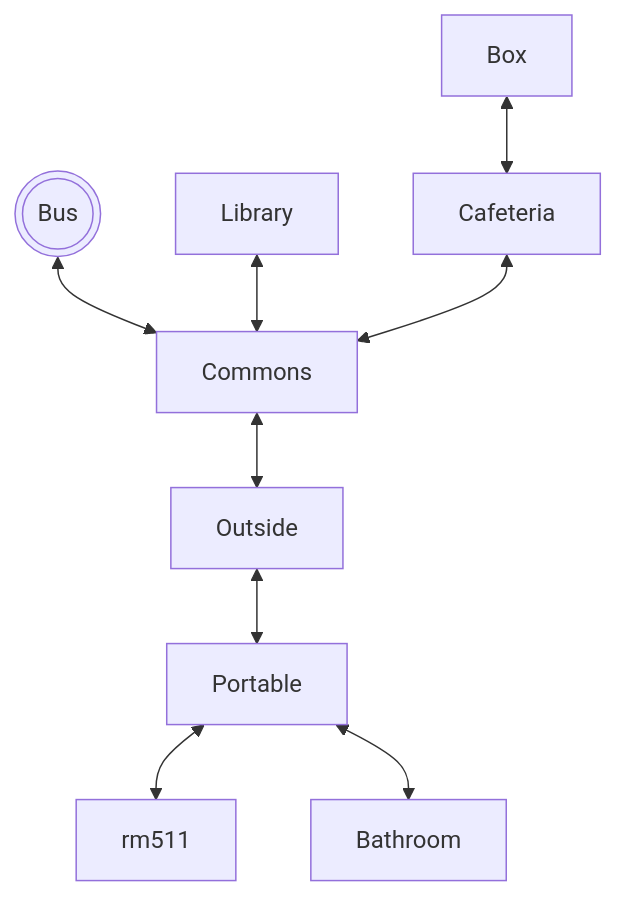
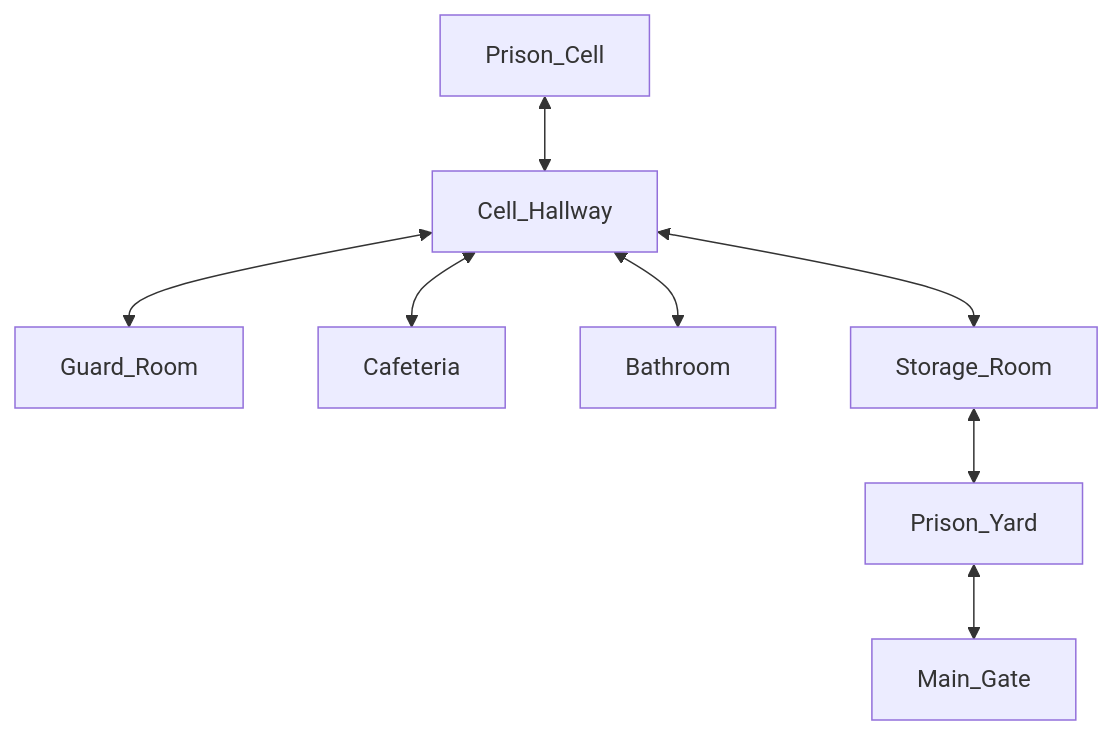
The diagram in projects/Game/README.MD (3456987/3456987.github.io), drawn with Mermaid before and after one commit. The commit also changed other lines of this file and 10 other files, not shown here.

````diff
--- a/projects/Game/README.MD
+++ b/projects/Game/README.MD
@@ -9,11 +8,10 @@
 ```mermaid
 graph TD;
-    bus(((Bus)))<-->Commons;
-    Library<-->Commons;
-    Box<-->Cafeteria;
-    Cafeteria<-->Commons;
-    Commons<-->Outside;
-    Outside<-->Portable;
-    Portable<-->rm511;
-    Portable<-->Bathroom;
+    Prison_Cell<-->Cell_Hallway;
+    Cell_Hallway<-->Guard_Room;
+    Cell_Hallway<-->Cafeteria;
+    Cell_Hallway<-->Bathroom;
+    Cell_Hallway<-->Storage_Room;
+    Storage_Room<-->Prison_Yard;
+    Prison_Yard<-->Main_Gate;
 ```
````
